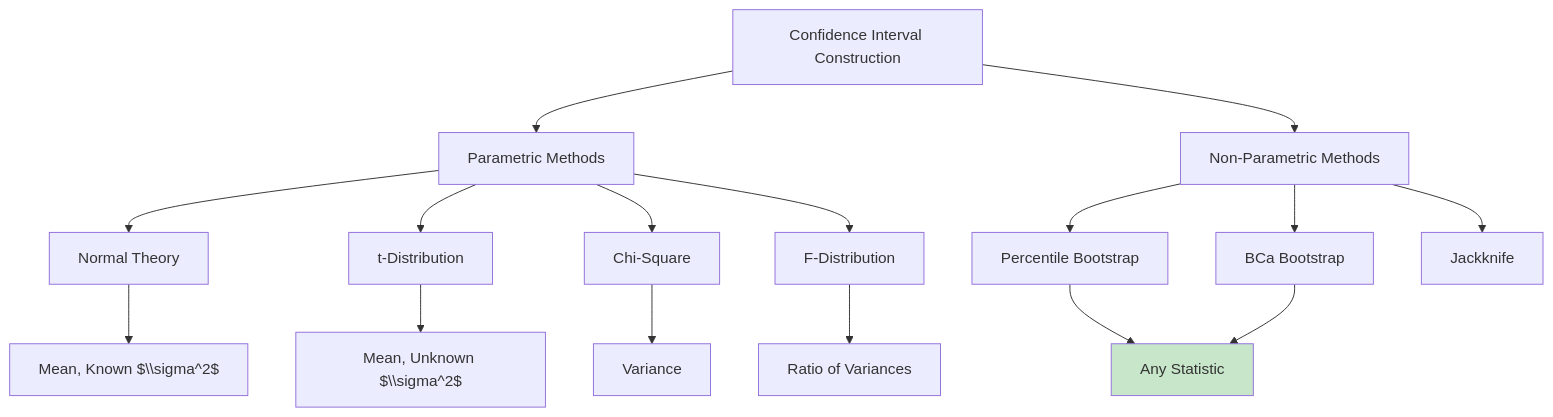
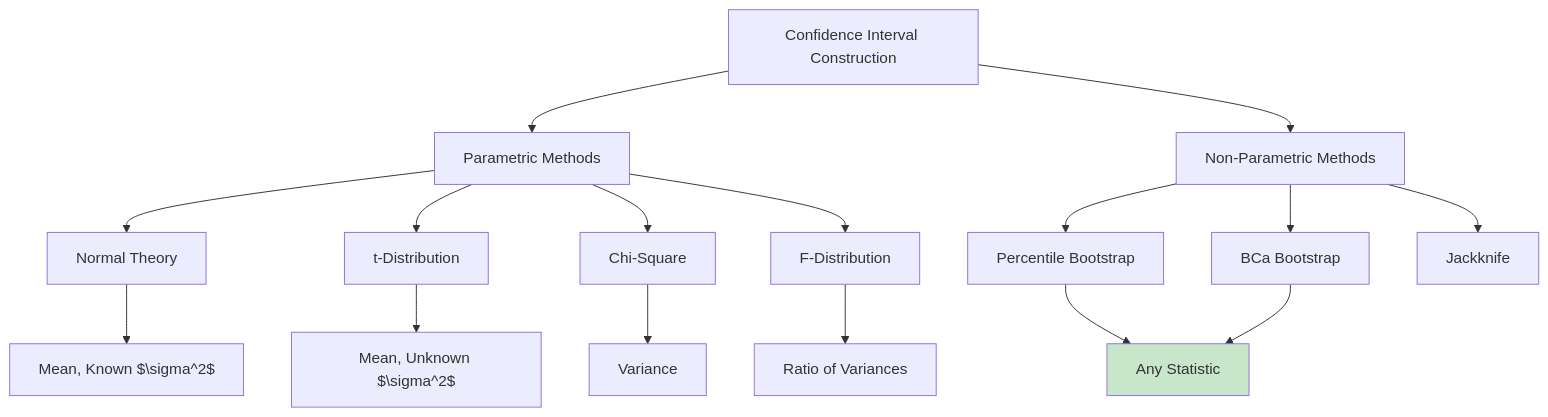
Before and after one commit to Balasubramanian-pg/MSC.-Data-Science-AI: diagram 13 of 13 in Trimester 1/Statistical Modelling & Inferencing/W02 - Introduction to Statistical Inference/L1/Art of Sampling.md, drawn with Mermaid. The commit also changed other lines of this file, not shown here.

````diff
--- a/Trimester 1/Statistical Modelling & Inferencing/W02 - Introduction to Statistical Inference/L1/Art of Sampling.md
+++ b/Trimester 1/Statistical Modelling & Inferencing/W02 - Introduction to Statistical Inference/L1/Art of Sampling.md
@@ -1535,19 +1535,19 @@
 ```mermaid
 graph TD
     A[Confidence Interval Construction] --> B[Parametric Methods]
     A --> C[Non-Parametric Methods]
     B --> B1[Normal Theory]
     B --> B2[t-Distribution]
     B --> B3[Chi-Square]
     B --> B4[F-Distribution]
     C --> C1[Percentile Bootstrap]
     C --> C2[BCa Bootstrap]
     C --> C3[Jackknife]
-    B1 --> D[Mean, Known $\\sigma^2$]
-    B2 --> E[Mean, Unknown $\\sigma^2$]
+    B1 --> D[Mean, Known $\sigma^2$]
+    B2 --> E[Mean, Unknown $\sigma^2$]
     B3 --> F[Variance]
     B4 --> G[Ratio of Variances]
     C1 --> H[Any Statistic]
     C2 --> H
     style H fill:#c8e6c9
 ```
````
